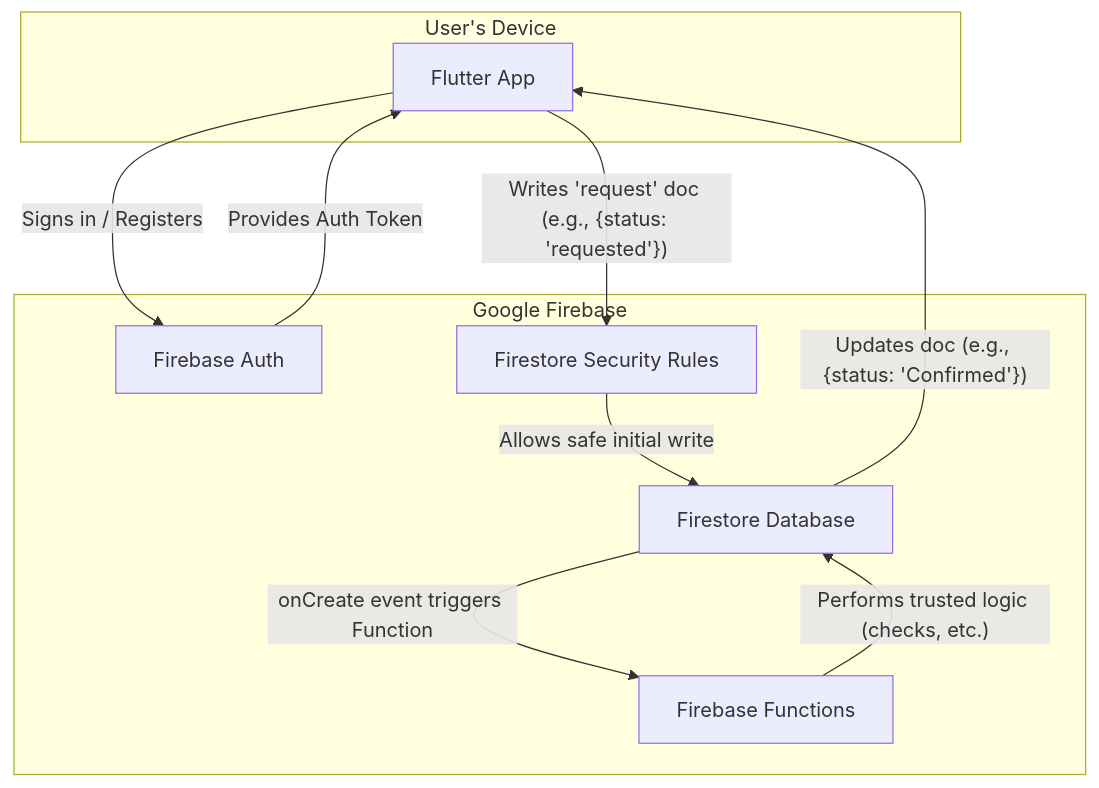
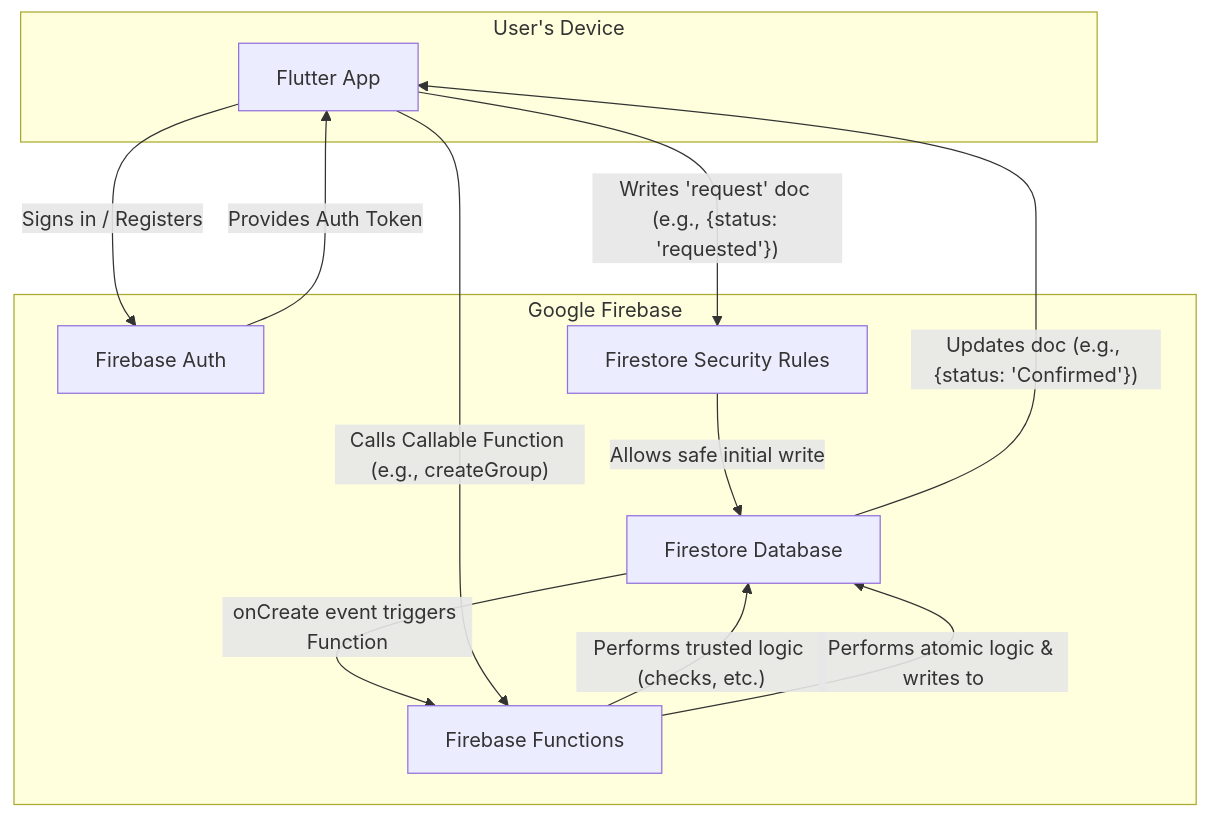
The diagram in docs/ARCHITECTURE.md (amitrke/getspot), drawn with Mermaid before and after one commit. The commit also changed other lines of this file and 8 other files, not shown here.

````diff
--- a/docs/ARCHITECTURE.md
+++ b/docs/ARCHITECTURE.md
@@ -5,23 +5,26 @@
 ```mermaid
 graph TD
     subgraph "User's Device"
         A[Flutter App]
     end
 
     subgraph "Google Firebase"
         B[Firebase Auth]
         C[Firestore Database]
         D[Firestore Security Rules]
         E[Firebase Functions]
     end
 
     A -- "Signs in / Registers" --> B
     B -- "Provides Auth Token" --> A
 
     A -- "Writes 'request' doc (e.g., {status: 'requested'})" --> D
     D -- "Allows safe initial write" --> C
     
     C -- "onCreate event triggers Function" --> E
     E -- "Performs trusted logic (checks, etc.)" --> C
     C -- "Updates doc (e.g., {status: 'Confirmed'})" --> A
+
+    A -- "Calls Callable Function (e.g., createGroup)" --> E
+    E -- "Performs atomic logic & writes to" --> C
 ```
````
